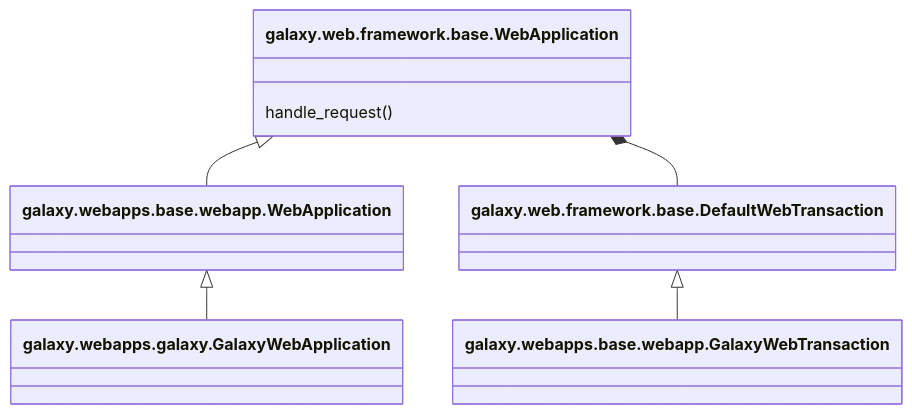
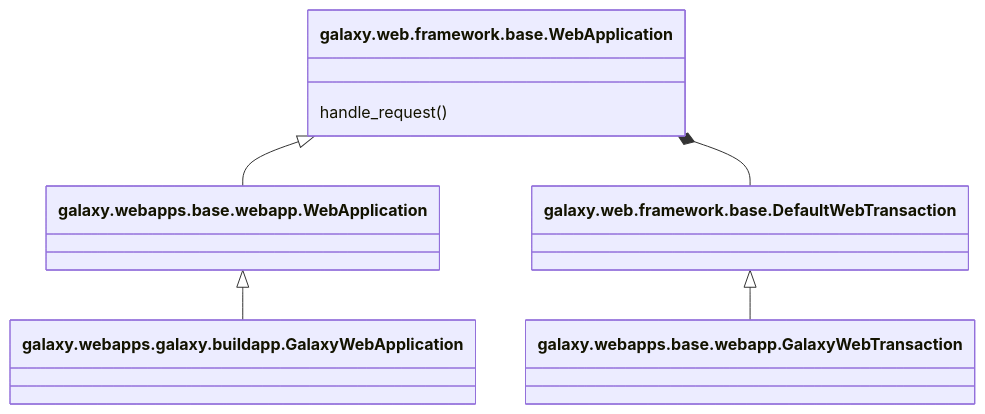
One commit to jmchilton/galaxy-architecture changed the diagram in images/webapp_classes.mmd. Above: the diagram before and after it, drawn with Mermaid. The commit also changed 3 other files, not shown here.

First line of the commit message:
Fix stale Galaxy refs in 4 diagrams

```diff
--- a/images/webapp_classes.mmd
+++ b/images/webapp_classes.mmd
@@ -1,12 +1,12 @@
 classDiagram
     class BaseWebApplication["galaxy.web.framework.base.WebApplication"] {
         handle_request()
     }
     class WebappWebApplication["galaxy.webapps.base.webapp.WebApplication"]
-    class GalaxyWebApplication["galaxy.webapps.galaxy.GalaxyWebApplication"]
+    class GalaxyWebApplication["galaxy.webapps.galaxy.buildapp.GalaxyWebApplication"]
     class DefaultWebTransaction["galaxy.web.framework.base.DefaultWebTransaction"]
     class GalaxyWebTransaction["galaxy.webapps.base.webapp.GalaxyWebTransaction"]
     BaseWebApplication <|-- WebappWebApplication
     WebappWebApplication <|-- GalaxyWebApplication
     BaseWebApplication *-- DefaultWebTransaction
     DefaultWebTransaction <|-- GalaxyWebTransaction
```
